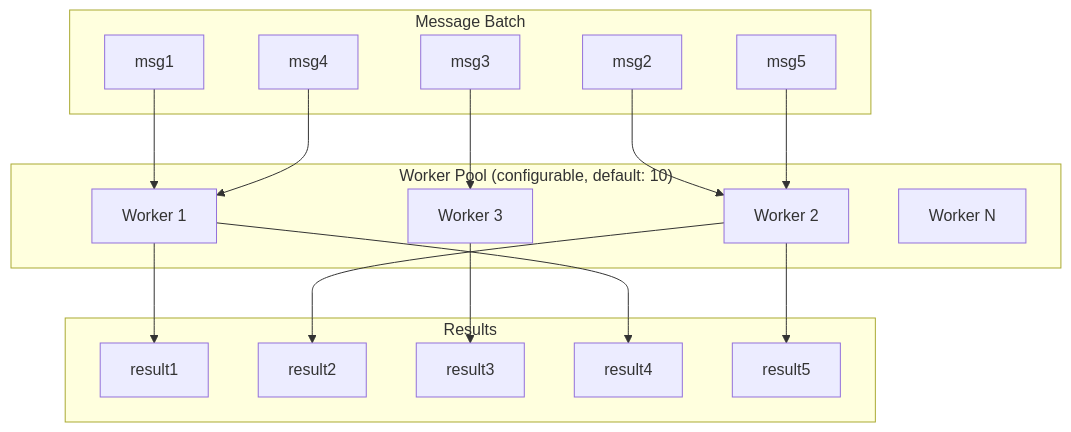
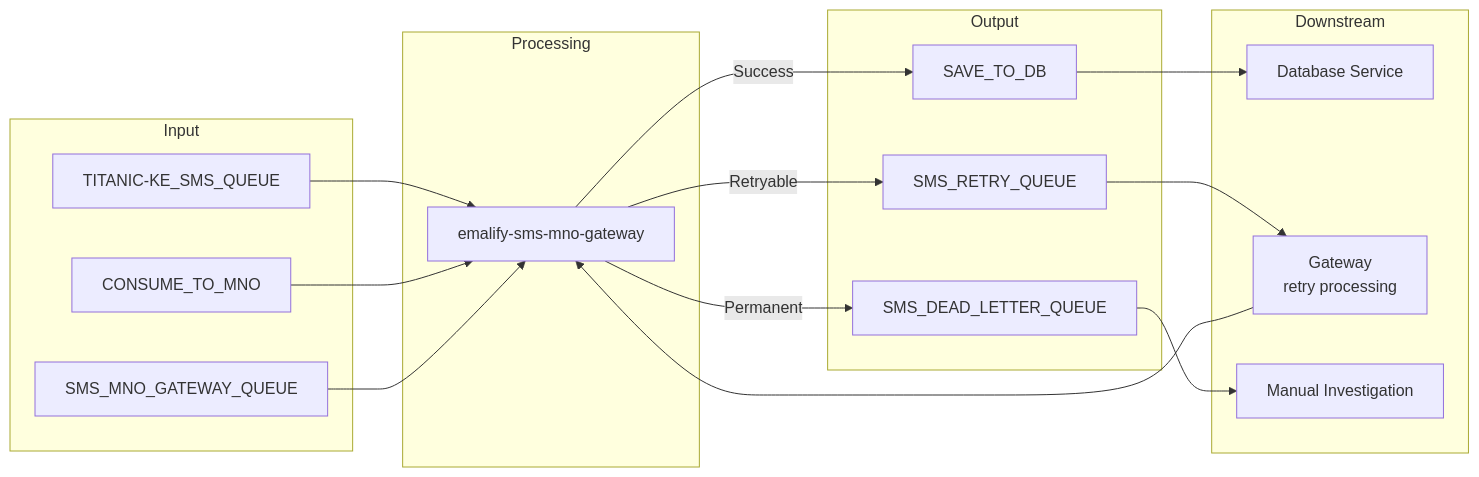
Diagram 16 of 18 in docs/architecture.md (ElMonstro/sms-mno-gateway), drawn with Mermaid before and after one commit. The commit also changed other lines of this file, not shown here.

Commit message:
Added Master Flow Diagram to arch docs

````diff
--- a/docs/architecture.md
+++ b/docs/architecture.md
@@ -469,37 +920,37 @@
 ```mermaid
-graph TB
-    subgraph "Message Batch"
-        M1[msg1]
-        M2[msg2]
-        M3[msg3]
-        M4[msg4]
-        M5[msg5]
+flowchart LR
+    subgraph "Input"
+        IN1[TITANIC-KE_SMS_QUEUE]
+        IN2[CONSUME_TO_MNO]
+        IN3[SMS_MNO_GATEWAY_QUEUE]
     end
 
-    subgraph "Worker Pool (configurable, default: 10)"
-        W1[Worker 1]
-        W2[Worker 2]
-        W3[Worker 3]
-        WN[Worker N]
+    subgraph "Processing"
+        GW[emalify-sms-mno-gateway]
     end
 
-    subgraph "Results"
-        R1[result1]
-        R2[result2]
-        R3[result3]
-        R4[result4]
-        R5[result5]
+    subgraph "Output"
+        OUT1[SAVE_TO_DB]
+        OUT2[SMS_RETRY_QUEUE]
+        OUT3[SMS_DEAD_LETTER_QUEUE]
     end
 
-    M1 --> W1
-    M2 --> W2
-    M3 --> W3
-    M4 --> W1
-    M5 --> W2
+    subgraph "Downstream"
+        DB[Database Service]
+        RETRY_GW[Gateway<br/>retry processing]
+        MANUAL[Manual Investigation]
+    end
 
-    W1 --> R1
-    W2 --> R2
-    W3 --> R3
-    W1 --> R4
-    W2 --> R5
+    IN1 --> GW
+    IN2 --> GW
+    IN3 --> GW
+
+    GW -->|Success| OUT1
+    GW -->|Retryable| OUT2
+    GW -->|Permanent| OUT3
+
+    OUT1 --> DB
+    OUT2 --> RETRY_GW
+    RETRY_GW --> GW
+    OUT3 --> MANUAL
 ```
````
